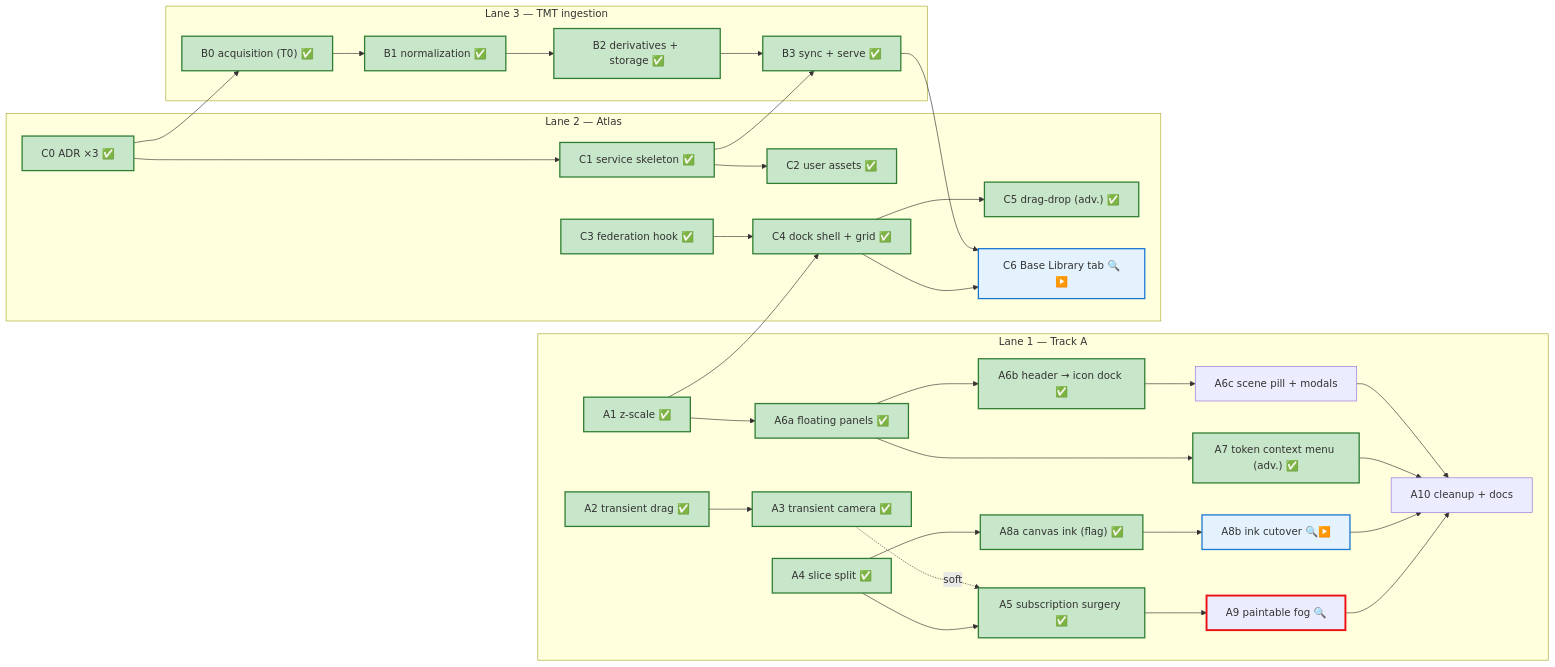
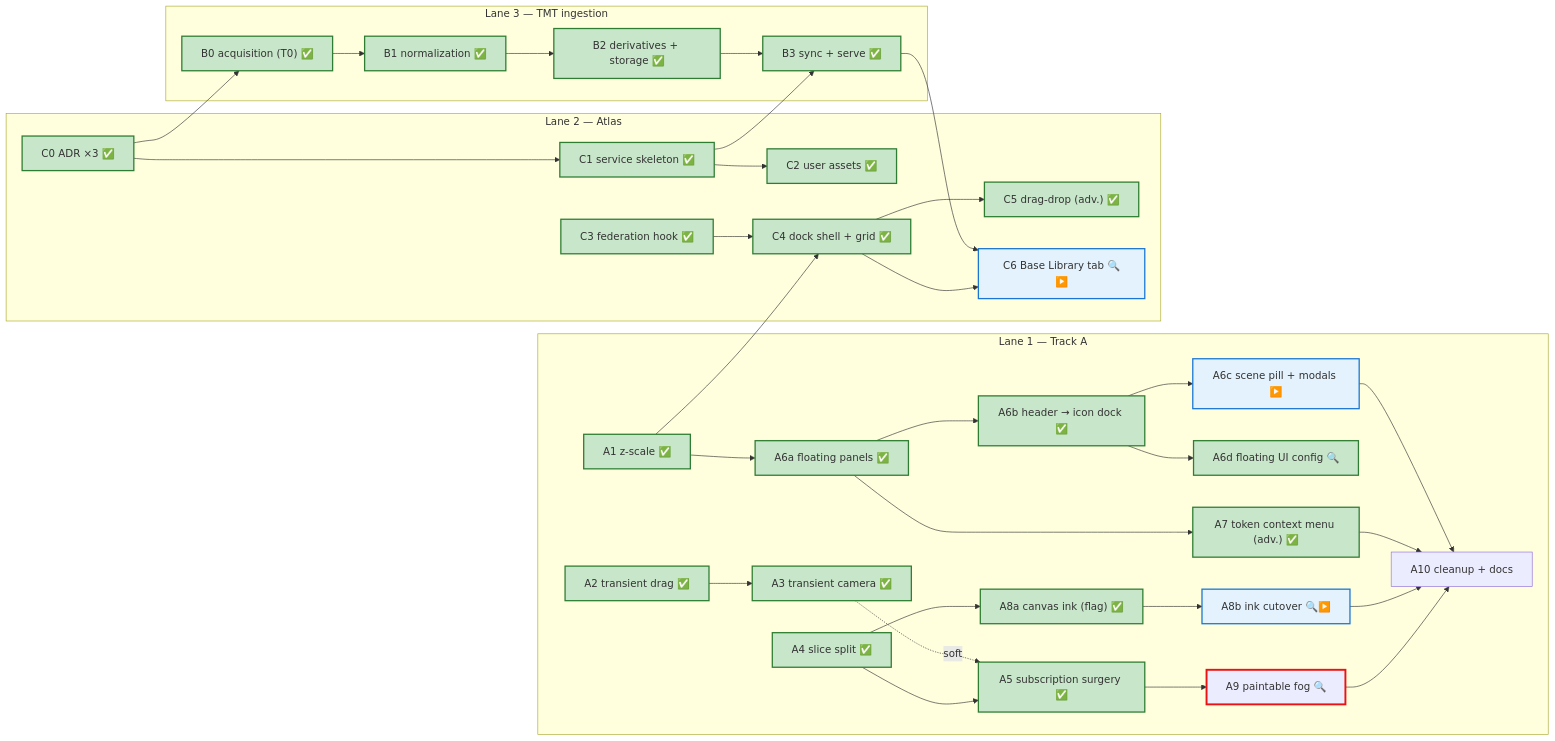
Before and after one commit to joelmale/nexusVTT: the diagram in docs/roadmap/ROADMAP.md, drawn with Mermaid. The commit also changed other lines of this file and 4 other files, not shown here.

First line of the commit message:
chore(S8): eslint worktree fix + roadmap truth repairs + A8b gate ruling

````diff
--- a/docs/roadmap/ROADMAP.md
+++ b/docs/roadmap/ROADMAP.md
@@ -40,57 +40,59 @@
 ```mermaid
 flowchart LR
   classDef gate stroke:#e11,stroke-width:3px
   classDef adr fill:#f4e8ff,stroke:#95f
   classDef done fill:#c8e6c9,stroke:#2e7d32,stroke-width:2px
   classDef ready fill:#e3f2fd,stroke:#1976d2,stroke-width:2px
 
   subgraph LaneA["Lane 1 — Track A"]
     A1["A1 z-scale ✅"]:::done
     A2["A2 transient drag ✅"]:::done
     A3["A3 transient camera ✅"]:::done
     A4["A4 slice split ✅"]:::done
     A5["A5 subscription surgery ✅"]:::done
     A6a["A6a floating panels ✅"]:::done
     A6b["A6b header → icon dock ✅"]:::done
-    A6c["A6c scene pill + modals"]
+    A6c["A6c scene pill + modals ▶️"]:::ready
+    A6d["A6d floating UI config 🔍"]:::done
     A7["A7 token context menu (adv.) ✅"]:::done
     A8a["A8a canvas ink (flag) ✅"]:::done
     A8b["A8b ink cutover 🔍▶️"]:::ready
     A9["A9 paintable fog 🔍"]:::gate
     A10["A10 cleanup + docs"]
   end
 
   subgraph LaneC["Lane 2 — Atlas"]
     C0["C0 ADR ×3 ✅"]:::done
     C1["C1 service skeleton ✅"]:::done
     C2["C2 user assets ✅"]:::done
     C3["C3 federation hook ✅"]:::done
     C4["C4 dock shell + grid ✅"]:::done
     C5["C5 drag-drop (adv.) ✅"]:::done
     C6["C6 Base Library tab 🔍▶️"]:::ready
   end
 
   subgraph LaneB["Lane 3 — TMT ingestion"]
     B0["B0 acquisition (T0) ✅"]:::done
     B1["B1 normalization ✅"]:::done
     B2["B2 derivatives + storage ✅"]:::done
     B3["B3 sync + serve ✅"]:::done
   end
 
   A2 --> A3
   A3 -.soft.-> A5
   A4 --> A5
   A1 --> A6a --> A6b --> A6c
+  A6b --> A6d
   A6a --> A7
   A4 --> A8a --> A8b
   A5 --> A9
   A6c & A7 & A8b & A9 --> A10
 
   C0 --> C1 --> C2
   C0 --> B0 --> B1 --> B2 --> B3
   C1 --> B3
   C3 --> C4 --> C5
   A1 --> C4
   B3 --> C6
   C4 --> C6
 ```
````
